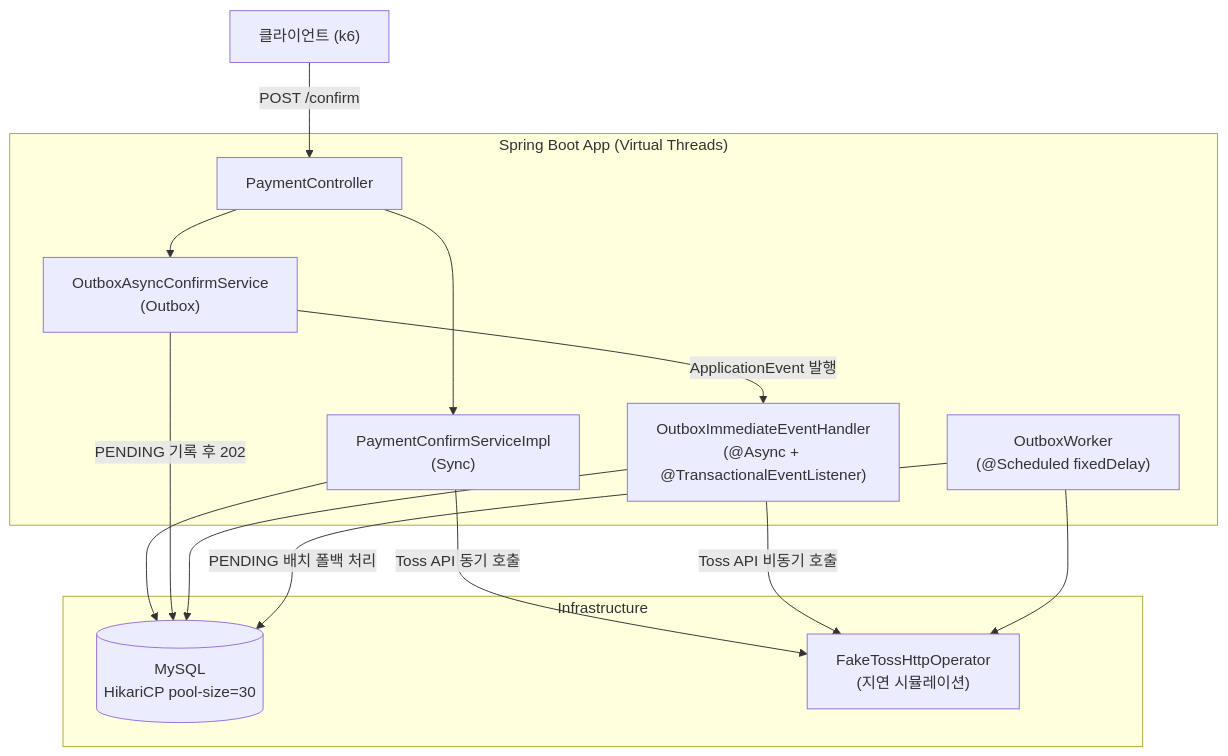
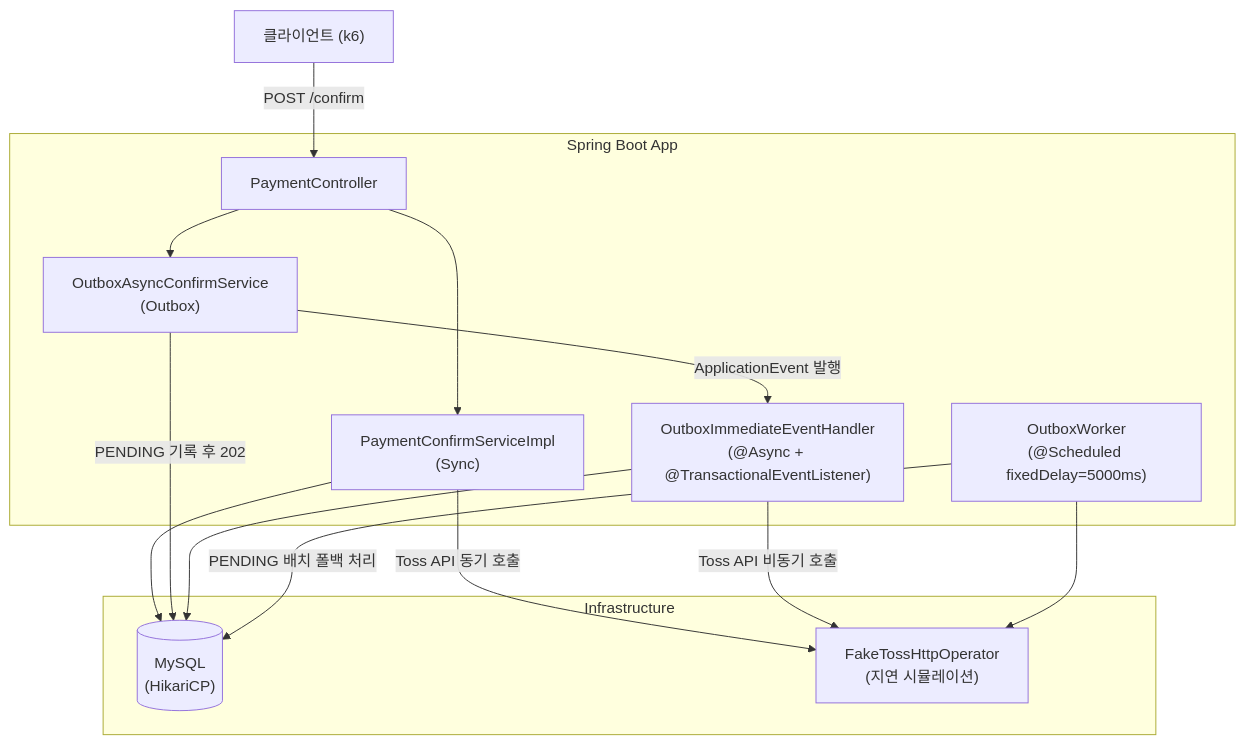
The first of 6 diagrams in docs/BENCHMARK-REPORT.md (hyoguoo/payment-platform), drawn with Mermaid before and after one commit. The commit also changed other lines of this file and 1 other file, not shown here.

````diff
--- a/docs/BENCHMARK-REPORT.md
+++ b/docs/BENCHMARK-REPORT.md
@@ -18,29 +29,29 @@
 ```mermaid
 graph TB
     Client["클라이언트 (k6)"]
 
-    subgraph App["Spring Boot App (Virtual Threads)"]
+    subgraph App["Spring Boot App"]
         Controller["PaymentController"]
         SyncSvc["PaymentConfirmServiceImpl\n(Sync)"]
         OutboxSvc["OutboxAsyncConfirmService\n(Outbox)"]
         ImmediateHandler["OutboxImmediateEventHandler\n(@Async + @TransactionalEventListener)"]
-        Worker["OutboxWorker\n(@Scheduled fixedDelay)"]
+        Worker["OutboxWorker\n(@Scheduled fixedDelay=5000ms)"]
     end
 
     subgraph Infra["Infrastructure"]
-        DB[("MySQL\nHikariCP pool-size=30")]
+        DB[("MySQL\n(HikariCP)")]
         TossAPI["FakeTossHttpOperator\n(지연 시뮬레이션)"]
     end
 
     Client -->|"POST /confirm"| Controller
     Controller --> SyncSvc
     Controller --> OutboxSvc
     SyncSvc -->|"Toss API 동기 호출"| TossAPI
     SyncSvc --> DB
     OutboxSvc -->|"PENDING 기록 후 202"| DB
     OutboxSvc -->|"ApplicationEvent 발행"| ImmediateHandler
     ImmediateHandler -->|"Toss API 비동기 호출"| TossAPI
     ImmediateHandler --> DB
     Worker -->|"PENDING 배치 폴백 처리"| DB
     Worker --> TossAPI
 ```
````
